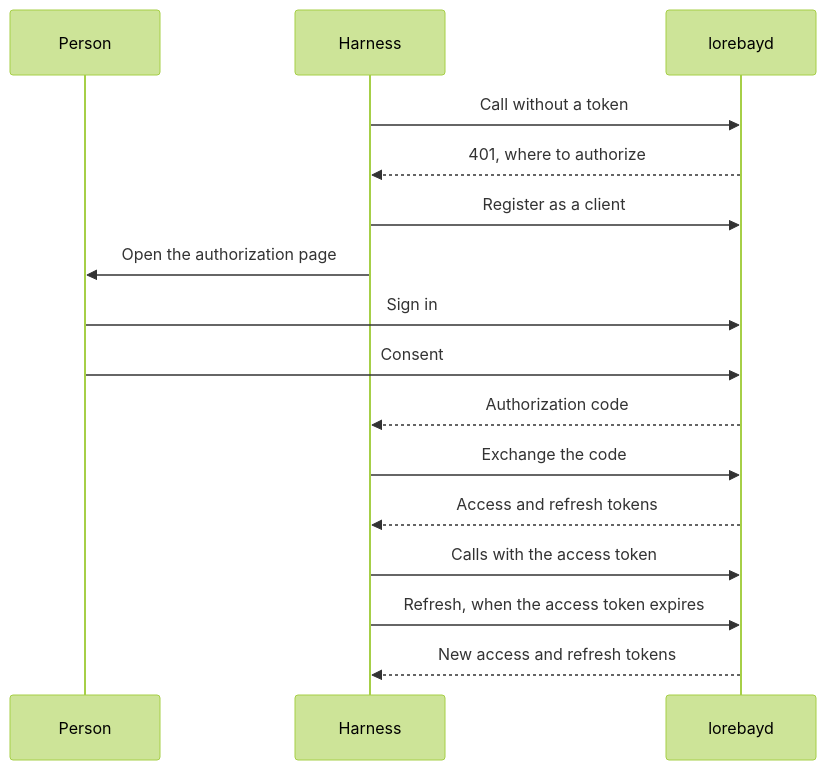
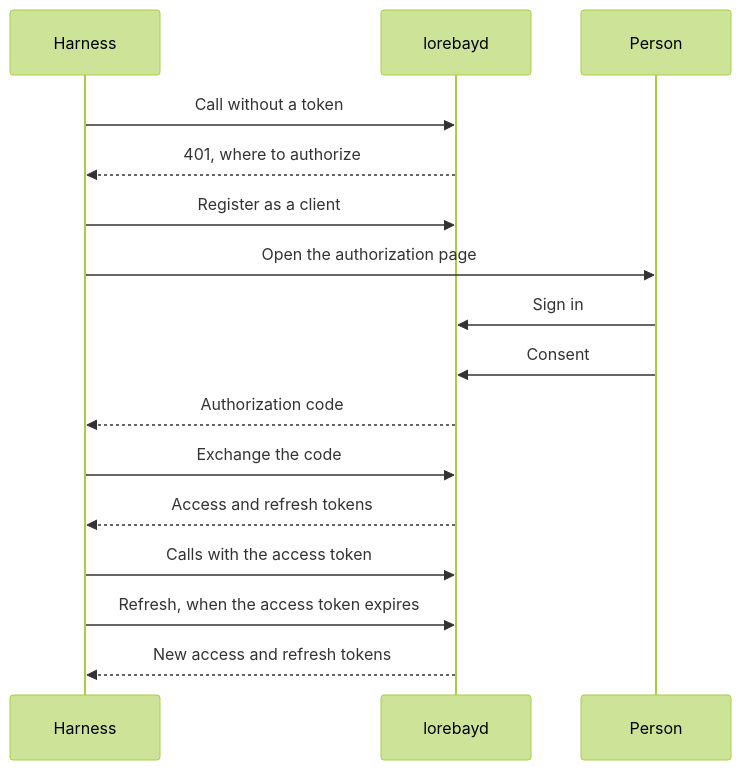
Before and after one commit to lorebayai/lorebay: the diagram in docs/architecture/identity.md, drawn with Mermaid (forest theme). The commit also changed other lines of this file and 12 other files, not shown here.

````diff
--- a/docs/architecture/identity.md
+++ b/docs/architecture/identity.md
@@ -214,18 +214,15 @@
 ```mermaid
 sequenceDiagram
-    participant P as Person
-    participant H as Harness
-    participant L as lorebayd
-    H->>L: Call without a token
-    L-->>H: 401, where to authorize
-    H->>L: Register as a client
-    H->>P: Open the authorization page
-    P->>L: Sign in
-    P->>L: Consent
-    L-->>H: Authorization code
-    H->>L: Exchange the code
-    L-->>H: Access and refresh tokens
-    H->>L: Calls with the access token
-    H->>L: Refresh, when the access token expires
-    L-->>H: New access and refresh tokens
+    Harness->>lorebayd: Call without a token
+    lorebayd-->>Harness: 401, where to authorize
+    Harness->>lorebayd: Register as a client
+    Harness->>Person: Open the authorization page
+    Person->>lorebayd: Sign in
+    Person->>lorebayd: Consent
+    lorebayd-->>Harness: Authorization code
+    Harness->>lorebayd: Exchange the code
+    lorebayd-->>Harness: Access and refresh tokens
+    Harness->>lorebayd: Calls with the access token
+    Harness->>lorebayd: Refresh, when the access token expires
+    lorebayd-->>Harness: New access and refresh tokens
 ```
````
